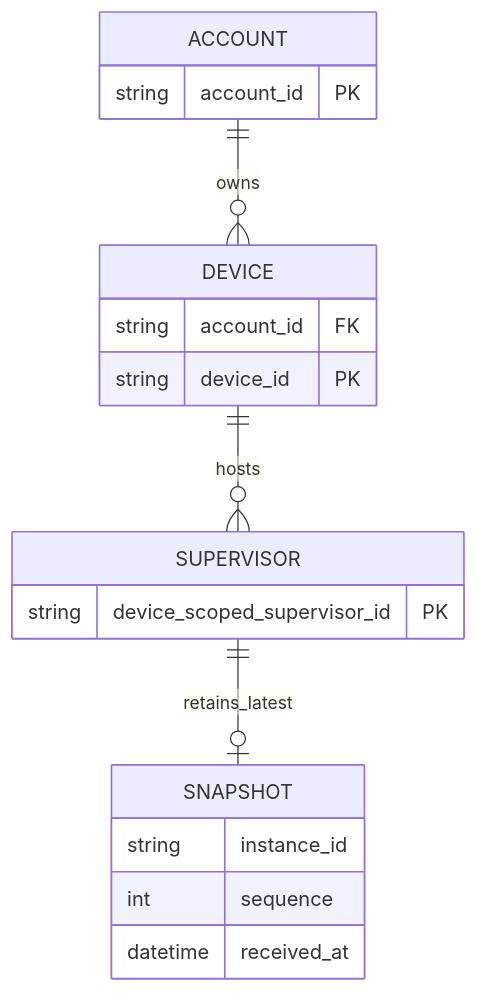
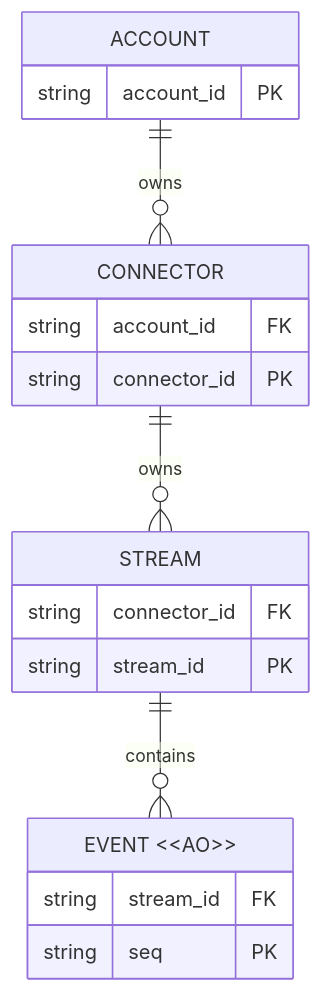
Before and after one commit to shazhou-ww/silvermoon-ai: the diagram in .silvermoon/ideas/01M5C11HXR1NP4J9G1PSP0SQ5V/outer/inner/ideal/Business-Data-Model-Review.md, drawn with Mermaid. The commit also changed other lines of this file and 2 other files, not shown here.

````diff
--- a/.silvermoon/ideas/01M5C11HXR1NP4J9G1PSP0SQ5V/outer/inner/ideal/Business-Data-Model-Review.md
+++ b/.silvermoon/ideas/01M5C11HXR1NP4J9G1PSP0SQ5V/outer/inner/ideal/Business-Data-Model-Review.md
@@ -22,21 +23,21 @@
 ```mermaid
 erDiagram
     ACCOUNT {
         string account_id PK
     }
-    DEVICE {
+    CONNECTOR {
         string account_id FK
-        string device_id PK
+        string connector_id PK
     }
-    SUPERVISOR {
-        string device_scoped_supervisor_id PK
+    STREAM {
+        string connector_id FK
+        string stream_id PK
     }
-    SNAPSHOT {
-        string instance_id
-        int sequence
-        datetime received_at
+    EVENT["EVENT &lt;&lt;AO&gt;&gt;"] {
+        string stream_id FK
+        string seq PK
     }
-    ACCOUNT ||--o{ DEVICE : owns
-    DEVICE ||--o{ SUPERVISOR : hosts
-    SUPERVISOR ||--o| SNAPSHOT : retains_latest
+    ACCOUNT ||--o{ CONNECTOR : owns
+    CONNECTOR ||--o{ STREAM : owns
+    STREAM ||--o{ EVENT : contains
 ```
````
